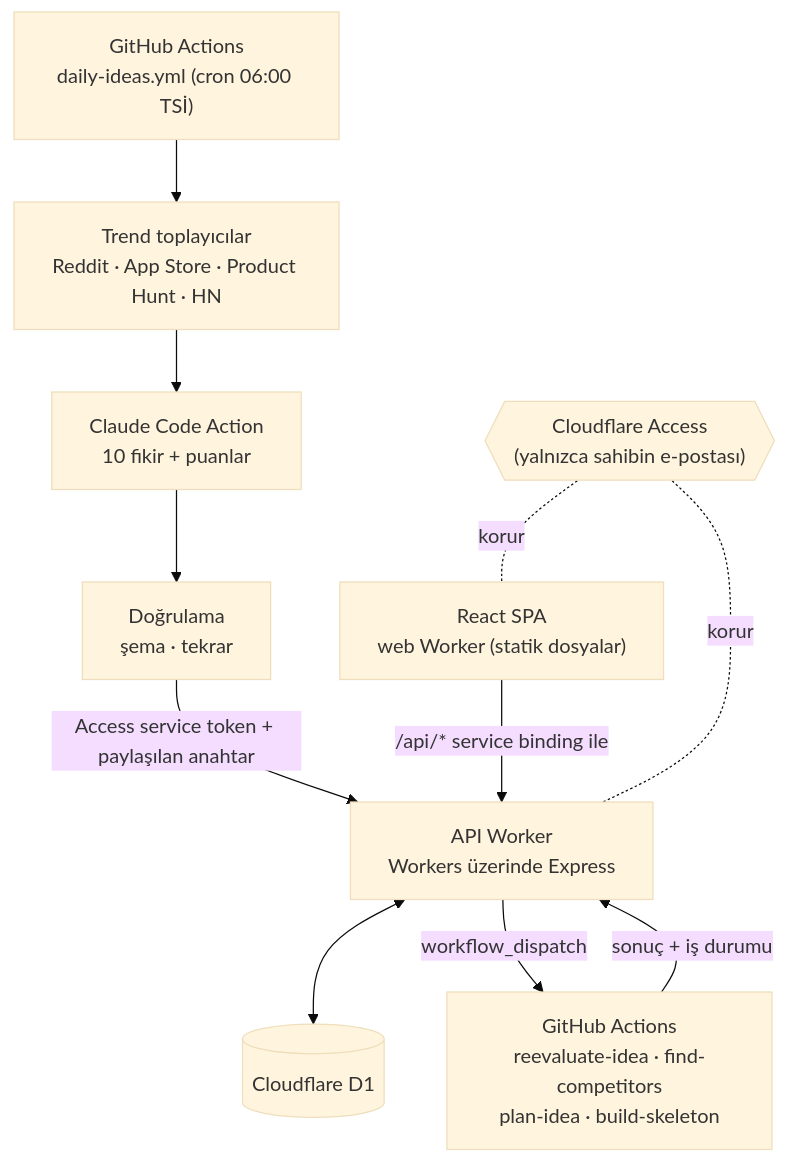
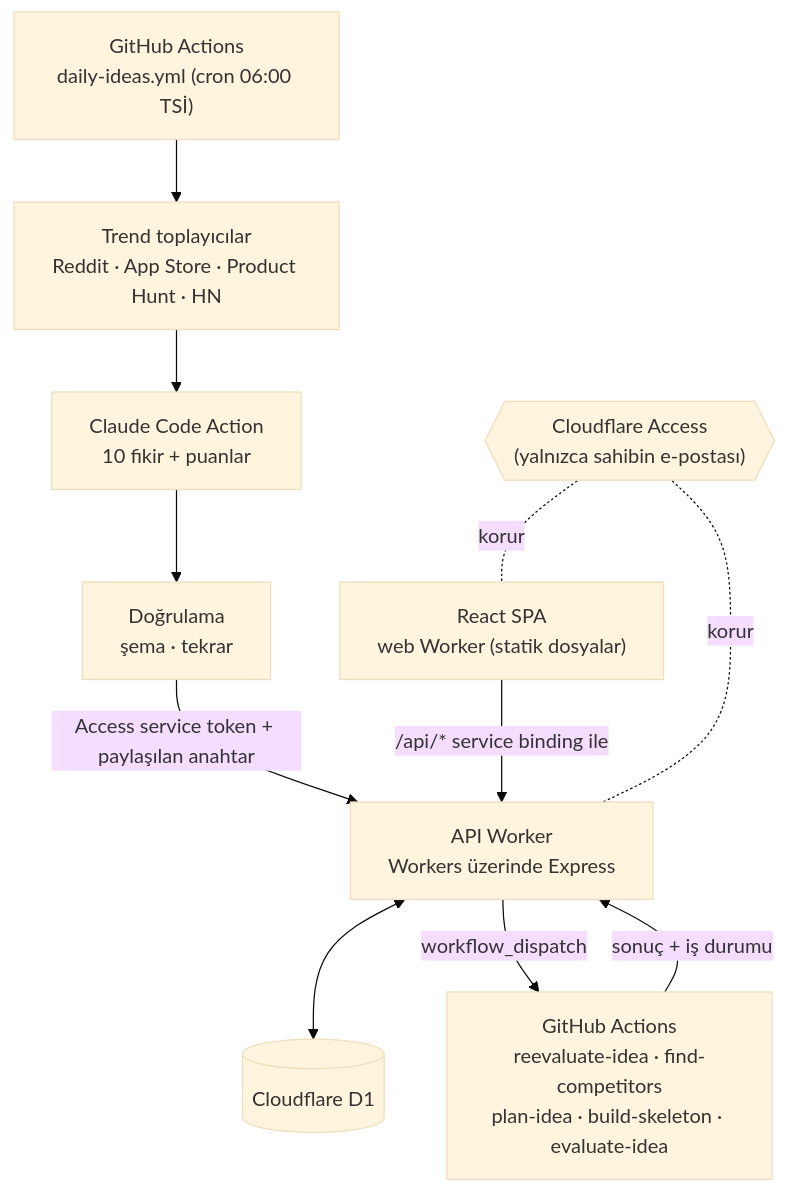
The diagram in README.tr.md (utkualbayrak/app-idea-factory), drawn with Mermaid (base theme) before and after one commit. The commit also changed other lines of this file and 23 other files, not shown here.

````diff
--- a/README.tr.md
+++ b/README.tr.md
@@ -49,15 +50,15 @@
 ```mermaid
 flowchart TD
     CRON["GitHub Actions<br/>daily-ideas.yml (cron 06:00 TSİ)"] --> TR["Trend toplayıcılar<br/>Reddit · App Store · Product Hunt · HN"]
     TR --> CC["Claude Code Action<br/>10 fikir + puanlar"]
     CC --> VAL["Doğrulama<br/>şema · tekrar"]
     VAL -->|"Access service token + paylaşılan anahtar"| API
 
     UI["React SPA<br/>web Worker (statik dosyalar)"] -->|"/api/* service binding ile"| API["API Worker<br/>Workers üzerinde Express"]
     API <--> DB[("Cloudflare D1")]
-    API -->|"workflow_dispatch"| JOBS["GitHub Actions<br/>reevaluate-idea · find-competitors<br/>plan-idea · build-skeleton"]
+    API -->|"workflow_dispatch"| JOBS["GitHub Actions<br/>reevaluate-idea · find-competitors<br/>plan-idea · build-skeleton · evaluate-idea"]
     JOBS -->|"sonuç + iş durumu"| API
 
     ACCESS{{"Cloudflare Access<br/>(yalnızca sahibin e-postası)"}} -.korur.- UI
     ACCESS -.korur.- API
 ```
````
